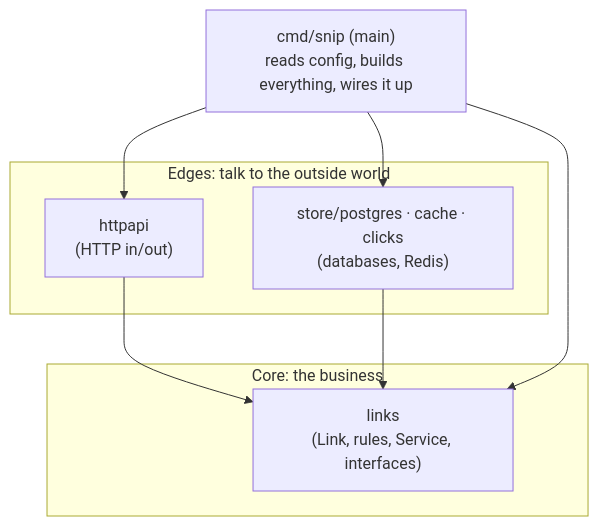
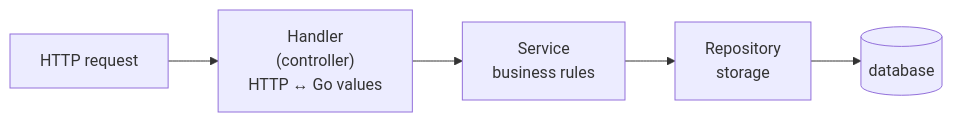
Before and after one commit to jawwadzafar/zero-to-prod: the first of 4 diagrams in docs/apis/structuring-a-real-service.mdx, drawn with Mermaid. The commit also changed other lines of this file, not shown here.

````diff
--- a/docs/apis/structuring-a-real-service.mdx
+++ b/docs/apis/structuring-a-real-service.mdx
@@ -25,16 +25,7 @@
 ```mermaid
-flowchart TB
-    subgraph Edge["Edges: talk to the outside world"]
-        H["httpapi<br/>(HTTP in/out)"]
-        P["store/postgres · cache · clicks<br/>(databases, Redis)"]
-    end
-    subgraph Core["Core: the business"]
-        D["links<br/>(Link, rules, Service, interfaces)"]
-    end
-    M["cmd/snip (main)<br/>reads config, builds everything, wires it up"]
-    H --> D
-    P --> D
-    M --> H
-    M --> P
-    M --> D
+flowchart LR
+    C["HTTP request"] --> H["Handler<br/>(controller)<br/>HTTP ↔ Go values"]
+    H --> S["Service<br/>business rules"]
+    S --> R["Repository<br/>storage"]
+    R --> DB[("database")]
 ```
````
